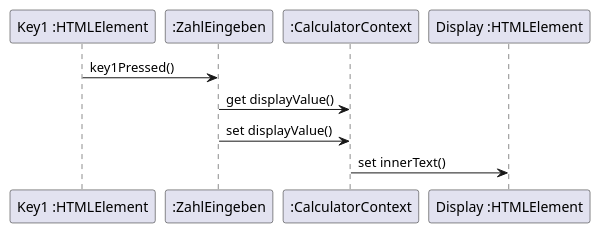
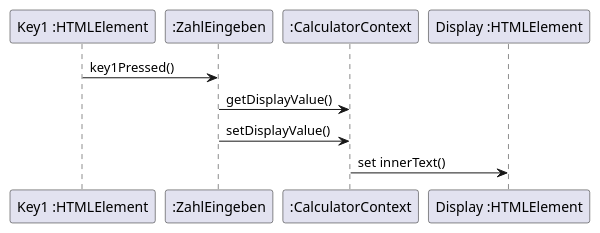
One commit to nicolas-00/Taschenrechner changed the diagram in puml/Key1.puml. Above: the diagram before and after it, drawn with PlantUML. The commit also changed 2 other files, not shown here.

Commit message:
Sequenz und Klassendiagramm

```diff
--- a/puml/Key1.puml
+++ b/puml/Key1.puml
@@ -1,13 +1,13 @@
 @startuml
 
 participant "Key1 :HTMLElement" as Key1
 participant ":ZahlEingeben" as ZahlEingeben
 participant ":CalculatorContext" as CalculatorContext
 participant "Display :HTMLElement" as Display
 
 Key1 -> ZahlEingeben: key1Pressed()
-ZahlEingeben -> CalculatorContext: get displayValue()
-ZahlEingeben -> CalculatorContext: set displayValue()
+ZahlEingeben -> CalculatorContext: getDisplayValue()
+ZahlEingeben -> CalculatorContext: setDisplayValue()
 CalculatorContext -> Display: set innerText()
 
 @enduml
```
